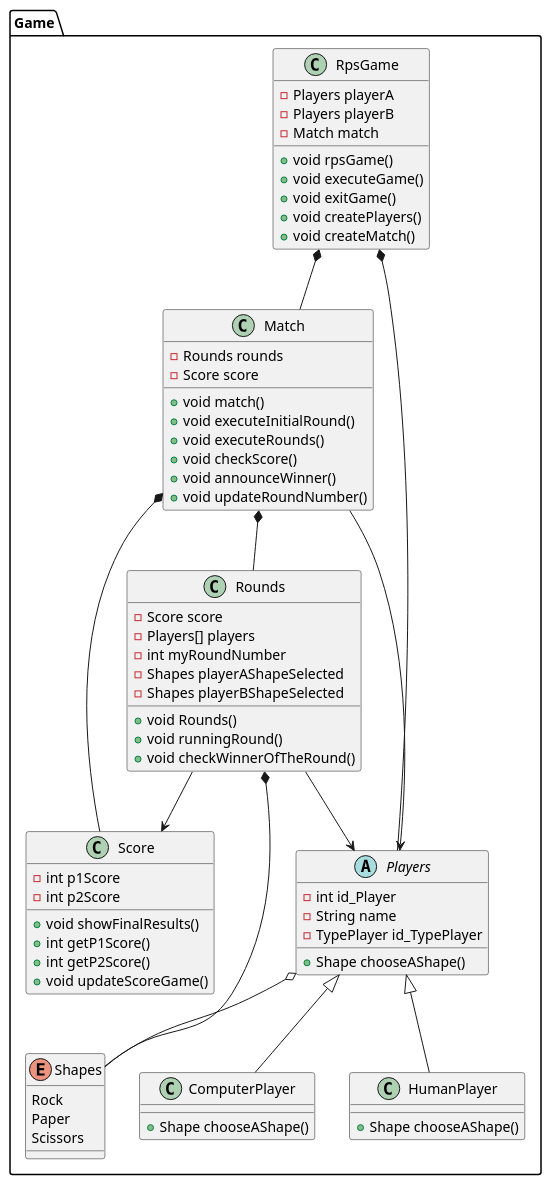
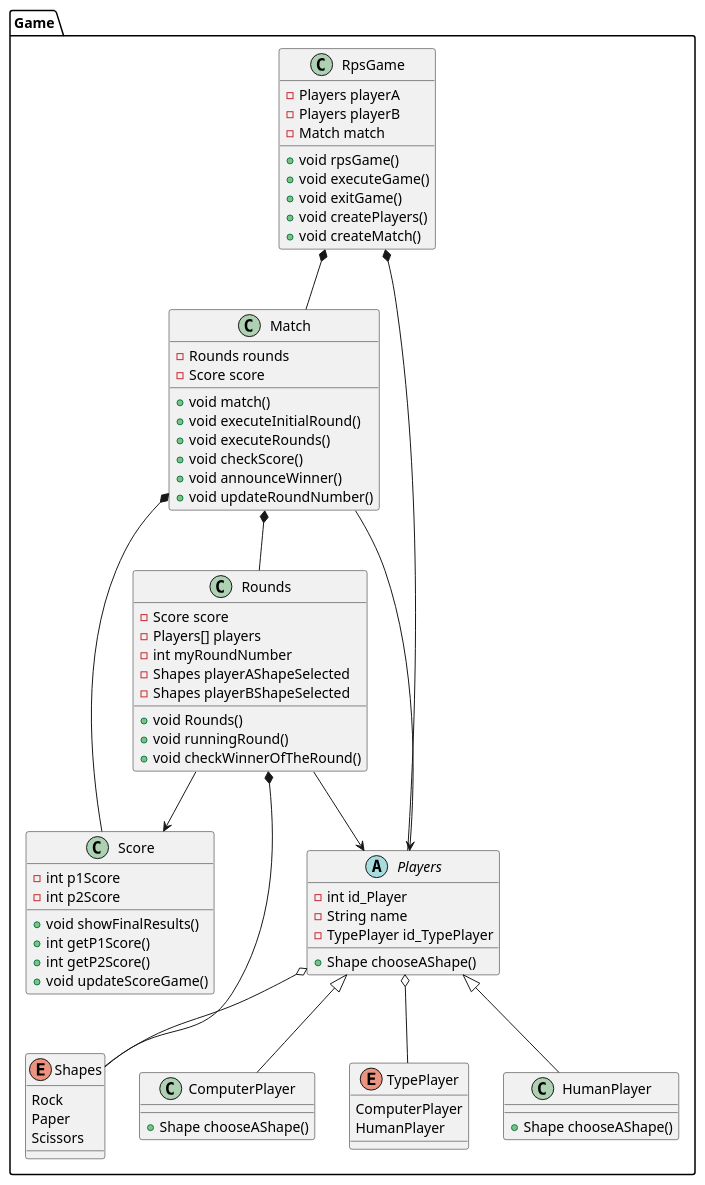
One commit to ederramos01/rock-paper-scissors changed the diagram in doc/diagram-class.puml. Above: the diagram before and after it, drawn with PlantUML. The commit also changed 1 other file, not shown here.

Commit message:
model-diagram updated

```diff
--- a/doc/diagram-class.puml
+++ b/doc/diagram-class.puml
@@ -1,79 +1,86 @@
 @startuml ClassDiagram
 
 Package Game {
-abstract class Players{
-    - int id_Player
-    - String name
-    - TypePlayer id_TypePlayer
-    + Shape chooseAShape()
-}
-class HumanPlayer{
-    + Shape chooseAShape()
-}
-class ComputerPlayer{
-    + Shape chooseAShape()
-}
-class Score{
-    - int p1Score
-    - int p2Score
-    + void showFinalResults()
-    + int getP1Score()
-    + int getP2Score()
-    + void updateScoreGame()
-}
-class Rounds{
-    - Score score
-    - Players[] players
-    - int myRoundNumber
-    - Shapes playerAShapeSelected
-    - Shapes playerBShapeSelected
-    + void Rounds()
-    + void runningRound()
-    + void checkWinnerOfTheRound()
-}
+    abstract class Players{
+        - int id_Player
+        - String name
+        - TypePlayer id_TypePlayer
+        + Shape chooseAShape()
+    }
+    class HumanPlayer{
+        + Shape chooseAShape()
+    }
+    class ComputerPlayer{
+        + Shape chooseAShape()
+    }
+    class Score{
+        - int p1Score
+        - int p2Score
+        + void showFinalResults()
+        + int getP1Score()
+        + int getP2Score()
+        + void updateScoreGame()
+    }
+    class Rounds{
+        - Score score
+        - Players[] players
+        - int myRoundNumber
+        - Shapes playerAShapeSelected
+        - Shapes playerBShapeSelected
+        + void Rounds()
+        + void runningRound()
+        + void checkWinnerOfTheRound()
+    }
 
-class Match{
-    - Rounds rounds
-    - Score score
-    + void match()
-    + void executeInitialRound()
-    + void executeRounds()
-    + void checkScore()
-    + void announceWinner()
-    + void updateRoundNumber()
-}
+    class Match{
+        - Rounds rounds
+        - Score score
+        + void match()
+        + void executeInitialRound()
+        + void executeRounds()
+        + void checkScore()
+        + void announceWinner()
+        + void updateRoundNumber()
+    }
 
-class RpsGame{            
-    - Players playerA
-    - Players playerB
-    - Match match
+    class RpsGame{
 
-    + void rpsGame()
-    + void executeGame()
-    + void exitGame()
-    + void createPlayers()
-    + void createMatch()
-}
+        - Players playerA
+        - Players playerB
+        - Match match
 
-enum Shapes{
-    Rock
-    Paper
-    Scissors
-}
+        + void rpsGame()
+        + void executeGame()
+        + void exitGame()
+        + void createPlayers()
+        + void createMatch()
+    }
 
-RpsGame *-- Players
-RpsGame *-- Match
+    enum Shapes{
+        Rock
+        Paper
+        Scissors
+    }
 
-Players o-- Shapes
-Match --> Players
-Players <|-- HumanPlayer
-Players <|-- ComputerPlayer
-Rounds --> Players
+    enum TypePlayer {
+        ComputerPlayer
+        HumanPlayer
+    }
 
-Rounds --> Score
-Rounds *-- Shapes
-Match *-- Rounds
-Match *-- Score
+    RpsGame *-- Players
+    RpsGame *-- Match
+
+    Players o-- Shapes
+    Players o-- TypePlayer
+    Match --> Players
+    Players <|-- HumanPlayer
+    Players <|-- ComputerPlayer
+    Rounds --> Players
+
+    Rounds --> Score
+    Rounds *-- Shapes
+    Match *-- Rounds
+    Match *-- Score
 
 }
 @enduml
```
